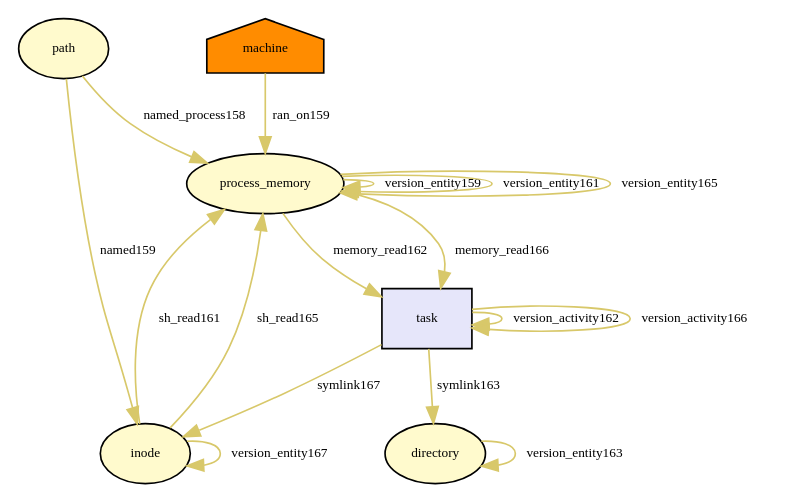
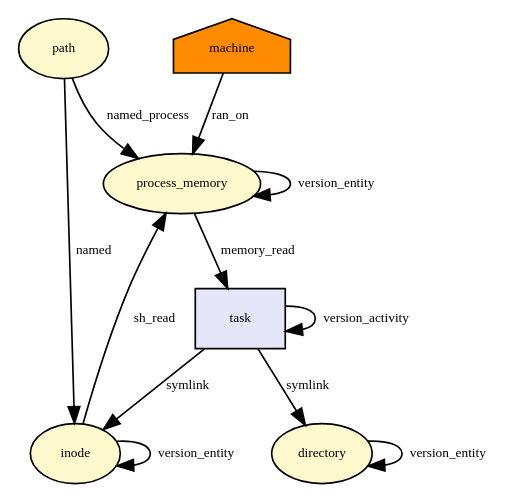
Before and after one commit to TinkerBellSystem/graph-matching: the diagram in tmp/provenance_inode_symlink.dot, drawn with Graphviz. The commit also changed 64 other files, not shown here.

Commit message:
simply graph

```diff
--- a/tmp/provenance_inode_symlink.dot
+++ b/tmp/provenance_inode_symlink.dot
@@ -1,45 +1,35 @@
 digraph RGL__DirectedAdjacencyGraph {path[fontsize = 8,label = "path",shape = ellipse, fillcolor="#fffacd", style = filled]
 
 process_memory[fontsize = 8,label = "process_memory",shape = ellipse, fillcolor="#fffacd", style = filled]
 
-path -> process_memory[fontsize = 8,label = "named_process158", color="#d8c86a"]
+path -> process_memory[fontsize = 8,label = "named_process", color="#000000"]
 
-process_memory -> process_memory[fontsize = 8,label = "version_entity159", color="#d8c86a"]
+process_memory -> process_memory[fontsize = 8,label = "version_entity", color="#000000"]
 
 machine[fontsize = 8,label = "machine",shape = house, fillcolor="#ff8c00", style = filled]
 
-machine -> process_memory[fontsize = 8,label = "ran_on159", color="#d8c86a"]
+machine -> process_memory[fontsize = 8,label = "ran_on", color="#000000"]
 
 inode[fontsize = 8,label = "inode",shape = ellipse, fillcolor="#fffacd", style = filled]
 
-path -> inode[fontsize = 8,label = "named159", color="#d8c86a"]
+path -> inode[fontsize = 8,label = "named", color="#000000"]
 
-process_memory -> process_memory[fontsize = 8,label = "version_entity161", color="#d8c86a"]
-
-inode -> process_memory[fontsize = 8,label = "sh_read161", color="#d8c86a"]
+inode -> process_memory[fontsize = 8,label = "sh_read", color="#000000"]
 
 task[fontsize = 8,label = "task",shape = rectangle, fillcolor="#e6e6fa", style = filled]
 
-task -> task[fontsize = 8,label = "version_activity162", color="#d8c86a"]
+task -> task[fontsize = 8,label = "version_activity", color="#000000"]
 
-process_memory -> task[fontsize = 8,label = "memory_read162", color="#d8c86a"]
+process_memory -> task[fontsize = 8,label = "memory_read", color="#000000"]
 
 directory[fontsize = 8,label = "directory",shape = ellipse, fillcolor="#fffacd", style = filled]
 
-directory -> directory[fontsize = 8,label = "version_entity163", color="#d8c86a"]
+directory -> directory[fontsize = 8,label = "version_entity", color="#000000"]
 
-task -> directory[fontsize = 8,label = "symlink163", color="#d8c86a"]
+task -> directory[fontsize = 8,label = "symlink", color="#000000"]
 
-process_memory -> process_memory[fontsize = 8,label = "version_entity165", color="#d8c86a"]
+inode -> inode[fontsize = 8,label = "version_entity", color="#000000"]
 
-inode -> process_memory[fontsize = 8,label = "sh_read165", color="#d8c86a"]
-
-task -> task[fontsize = 8,label = "version_activity166", color="#d8c86a"]
-
-process_memory -> task[fontsize = 8,label = "memory_read166", color="#d8c86a"]
-
-inode -> inode[fontsize = 8,label = "version_entity167", color="#d8c86a"]
-
-task -> inode[fontsize = 8,label = "symlink167", color="#d8c86a"]
+task -> inode[fontsize = 8,label = "symlink", color="#000000"]
 
 }
```
